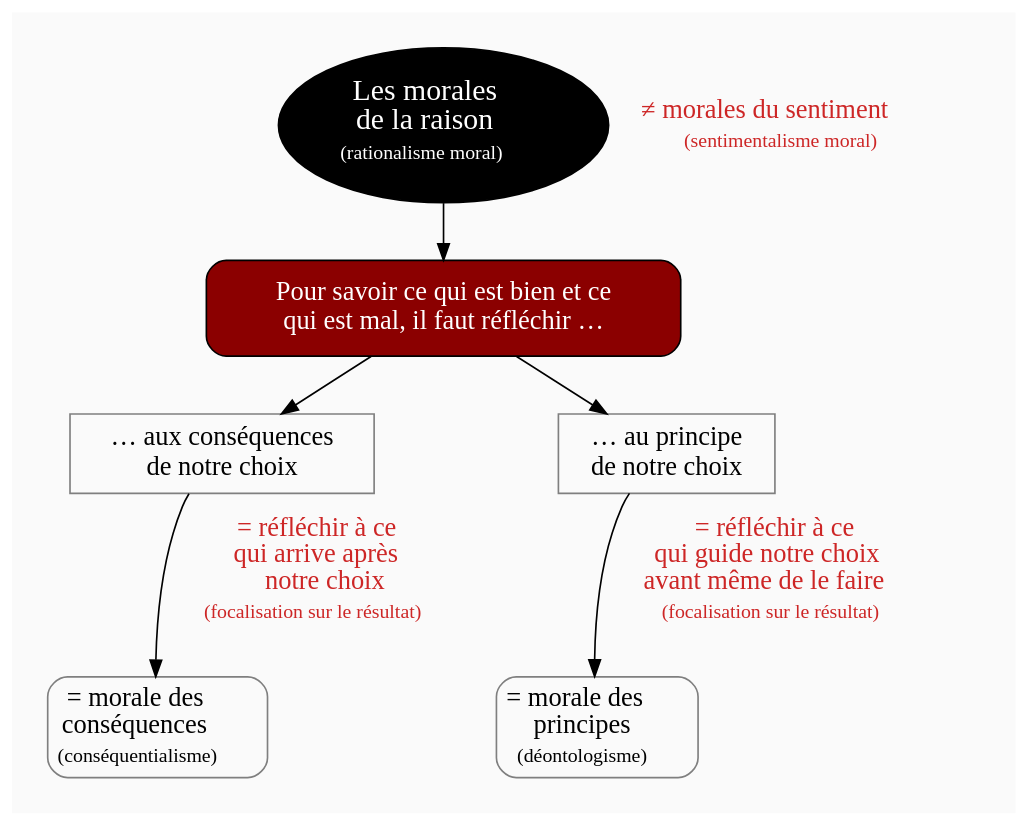
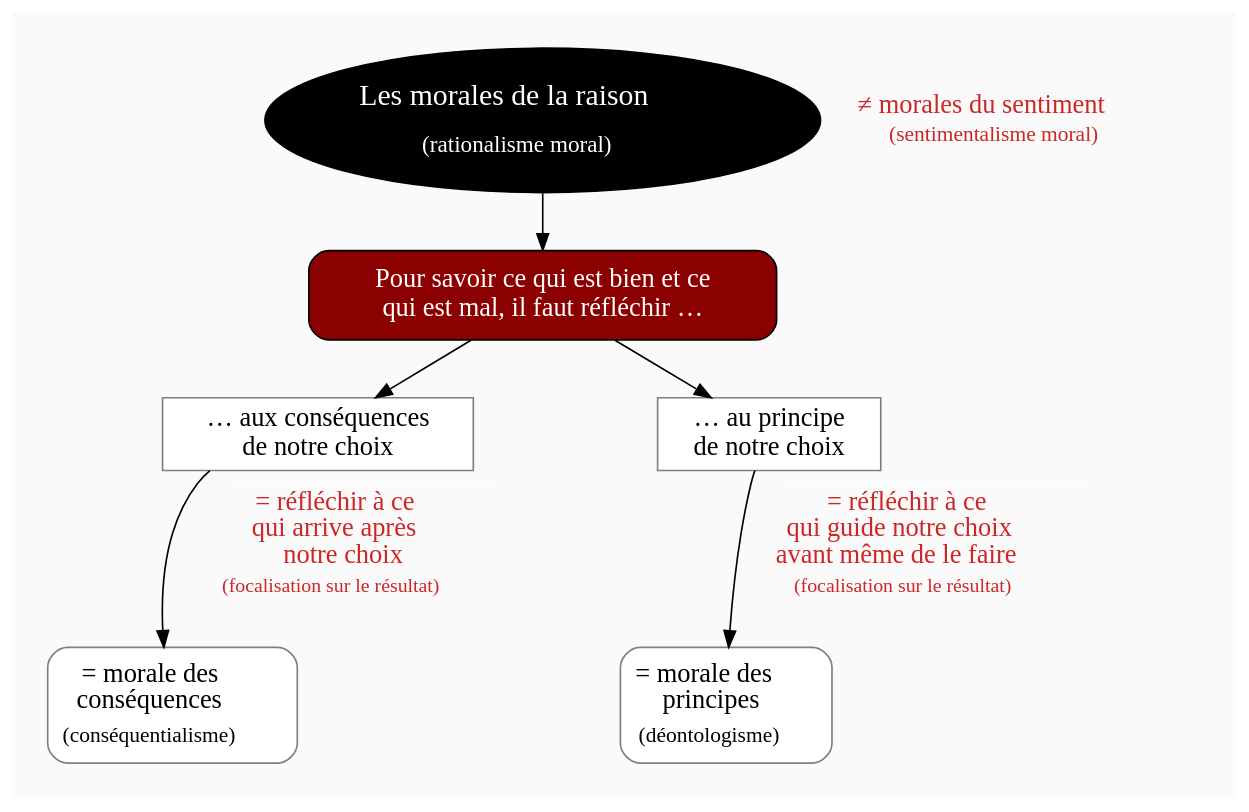
The diagram in diagram/morales-de-la-raison.dot (eyssette/graphviz-examples), drawn with Graphviz before and after one commit. The commit also changed other lines of this file, not shown here.

```diff
--- a/diagram/morales-de-la-raison.dot
+++ b/diagram/morales-de-la-raison.dot
@@ -1,102 +1,101 @@
 digraph G {
-// Template : diagram
-// Usage : cours sur la philosophie morale
 //rankdir=LR
 splines=true
 //splines=curved
 bgcolor=grey98
 pad=0.3
 style=filled
 edge[minlen=4]
-node[style=filled, fontcolor=white]
 ranksep=0.1
-nodesep=0.2
+nodesep=0.2 // valeur à changer ?
 
 // NIVEAU 1
-node[fillcolor=12, fontsize=18]
-a1[label=<Les morales<br/>
-de la raison<br/>
-<font point-size="5"><br/></font>
-<font point-size="12">(rationalisme moral)</font>
-<font point-size="5"><br/> </font>>]
+node[style=filled; fillcolor=12 ; fontcolor=white ; fontsize=18]
+// a1[label=""]
+a1[label=<Les morales de la raison<br/>
+<font point-size="14"><br/>(rationalisme moral)</font>>;margin=0.11]
 
 // NIVEAU 2
-node[fillcolor=red4, fontsize=16, shape=box, style="filled, rounded", margin=0.15]
-a1->{
+node[style=filled;fillcolor=red4;fontcolor=white; fontsize=16]
+// b1[label=""]
+a1->b1
 b1[label="Pour savoir ce qui est bien et ce
-qui est mal, il faut réfléchir …"]    
-}[headport=n]
+qui est mal, il faut réfléchir …";shape=box;margin=0.13;style="filled,rounded"]   
 
-node[fontcolor=black]
+
+
+
 // NIVEAU 3 (sans intermédiaire)
-node [shape=box, fillcolor=white, color=grey50, style="", margin=0.09]
+node [shape=box; style=filled;fillcolor=white;fontcolor=black;color=grey50]
 // c1[label=""]
-b1->c1
+b1->{c1,c2}
 c1[label="… aux conséquences
 de notre choix"]
-b1->c2
 c2[label="… au principe
 de notre choix"]
 
-// INTERMÉDIAIRE AVANT NIVEAU 3
-node[fillcolor=grey78, shape=oval]
+{rank=same;c1->c2[style=invis;minlen=8]}
+
+// INTERMEDIAIRE AVANT NIVEAU 3
+node[style=filled;fillcolor=grey78;shape=oval]
 // [arrowhead=none]
 // bc1[label=""]
 
 // NIVEAU 3 (avec intermédiaire)
-node[fillcolor=white, shape=box, color=grey50]
+node[style="filled";fillcolor=white;shape=box;color=grey50]
 // c1[label=""]
 
 // NIVEAU 4
-node[style=rounded, fillcolor=white, shape=box, color=grey50]
+node[style="filled, rounded";fillcolor=white;shape=box;color=grey50]
 // d1[label=""]
 
 c1->d1
 d1[label=<= morale des<br/>
 conséquences<br/>
-<font point-size="5"><br/></font>
-<font point-size="12">(conséquentialisme)</font>>]
+<font point-size="7"><br/></font>
+<font point-size="13">(conséquentialisme)</font>>;margin=0.13]
 
 c2->d2
 d2[label=<= morale des<br/>
 principes<br/>
-<font point-size="5"><br/></font>
-<font point-size="12">(déontologisme)</font>>]
+<font point-size="7"><br/></font>
+<font point-size="13">(déontologisme)</font>>;margin=0.13]
 
-{rank=same;c1->c2[style=invis,minlen=8]}
+{rank=same;d1->d2[style=invis;minlen=14]}
+
+// ETIQUETTES EN ROUGE
+node[shape=plaintext;fontcolor=firebrick3;fillcolor=grey98]
+// e1[label=< <B>= Titre</B><BR /><BR />Contenu<BR /> >]
+// e1[label=""]
+// ->e1[minlen=1;style=invis
 
 
-// ÉTIQUETTES EN ROUGE
-node[shape=plaintext, fontcolor=firebrick3, fillcolor=grey98]
-// e1[label=< <B>= Titre</B><BR /><BR />Contenu<BR /> >]
-// e1[label=""]
-// ->e1[minlen=1, style=invis]
+a1->e1[minlen=0;style=invis]
+e1[label=<≠ morales du sentiment<br/>
+<font point-size="3"><br/></font>
+<font point-size="13">(sentimentalisme moral)</font>>]
 
-e1[label=<≠ morales du sentiment<br/>
-<font point-size="5"><br/></font>
-<font point-size="12">(sentimentalisme moral)</font>>]
-{rank=same;a1->e1[minlen=1, style=invis]}
-
+c1->e2[minlen=1;style=invis]
 e2[label=<= réfléchir à ce<br/>
 qui arrive après<br/>
 notre choix<br/>
 <font point-size="5"><br/></font>
 <font point-size="12">(focalisation sur le résultat)</font>>]
 
+c2->e3[minlen=1;style=invis]
 e3[label=<= réfléchir à ce<br/>
 qui guide notre choix<br/>
 avant même de le faire<br/>
 <font point-size="5"><br/></font>
 <font point-size="12">(focalisation sur le résultat)</font>>]
 
-c1->e2[minlen=1, style=invis]
-c2->e3[minlen=1, style=invis]
 
-// REMARQUES EN BLEU
-node[color=blue, shape=box, margin=0.07, fontcolor=black, fontsize=13]
-edge[color=blue, arrowhead="none", xlabel="", style=dashed]
+// Remarques
+node[color=blue;shape=box;style=filled;margin=0.07;fontcolor=black;fontsize=13]
+edge[color=blue;arrowhead="none";xlabel="";style=dashed]
 // r1[label=""]
 // {rank=same;->r1}
 // {rank=same;r1->[dir=back]}
 
+
 }
```
